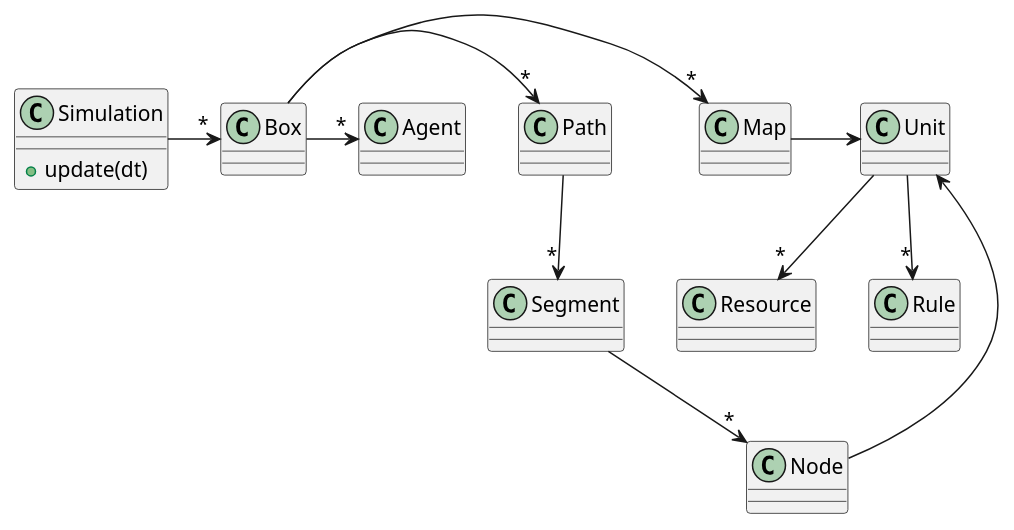
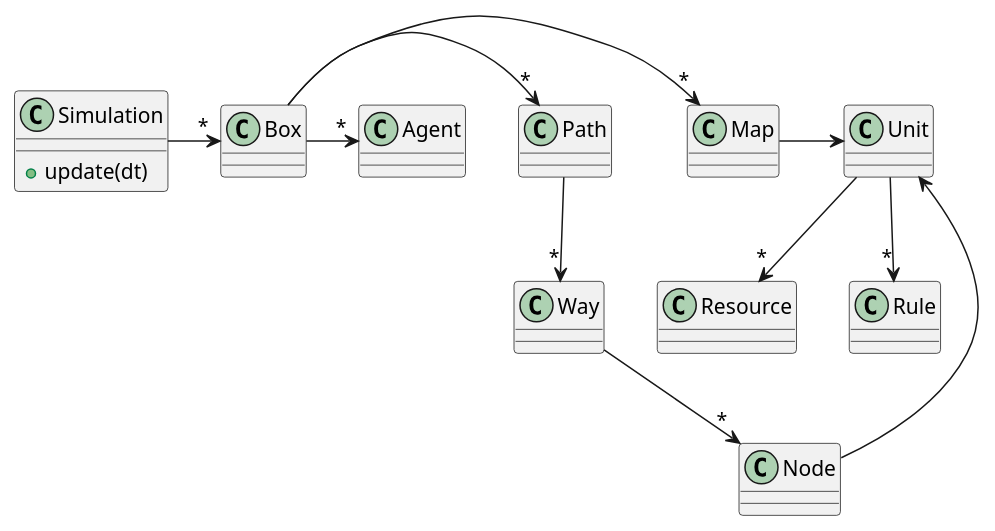
One commit to Lecrapouille/OpenGlassBox changed the diagram in doc/GlassBox.plantuml. Above: the diagram before and after it, drawn with PlantUML. The commit also changed 13 other files, not shown here.

Commit message:
Rename Segment to Way

```diff
--- a/doc/GlassBox.plantuml
+++ b/doc/GlassBox.plantuml
@@ -1,23 +1,23 @@
 @startuml
 
 class Simulation {
 +update(dt)
 }
 
 class Box 
 
 Simulation -> "*" Box
 Box -> "*" Map
 Box -> "*" Path
 Box -> "*" Agent
 
-Path --> "*" Segment
-Segment --> "*" Node
+Path --> "*" Way
+Way --> "*" Node
 
 Unit --> "*" Resource
 Unit --> "*" Rule
 
 Map -> Unit
 Unit <- Node
 
 @enduml
```
